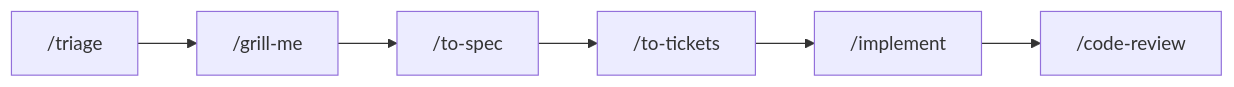
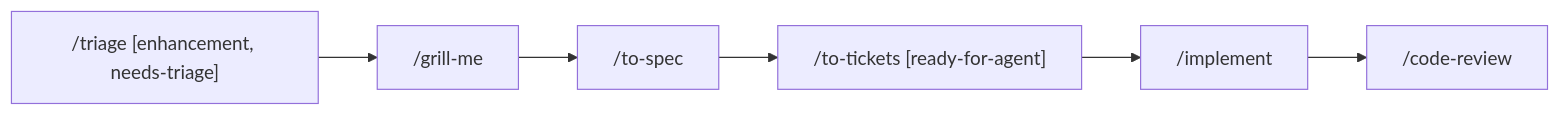
Before and after one commit to jackmaders/watchpoint: the third of 8 diagrams in docs/agents/workflows.md, drawn with Mermaid. The commit also changed other lines of this file, not shown here.

````diff
--- a/docs/agents/workflows.md
+++ b/docs/agents/workflows.md
@@ -46,8 +48,8 @@
 ```mermaid
 graph LR
-    A["/triage"] --> B["/grill-me"]
+    A["/triage [enhancement, needs-triage]"] --> B["/grill-me"]
     B --> C["/to-spec"]
-    C --> D["/to-tickets"]
+    C --> D["/to-tickets [ready-for-agent]"]
     D --> E["/implement"]
     E --> F["/code-review"]
 ```
````
